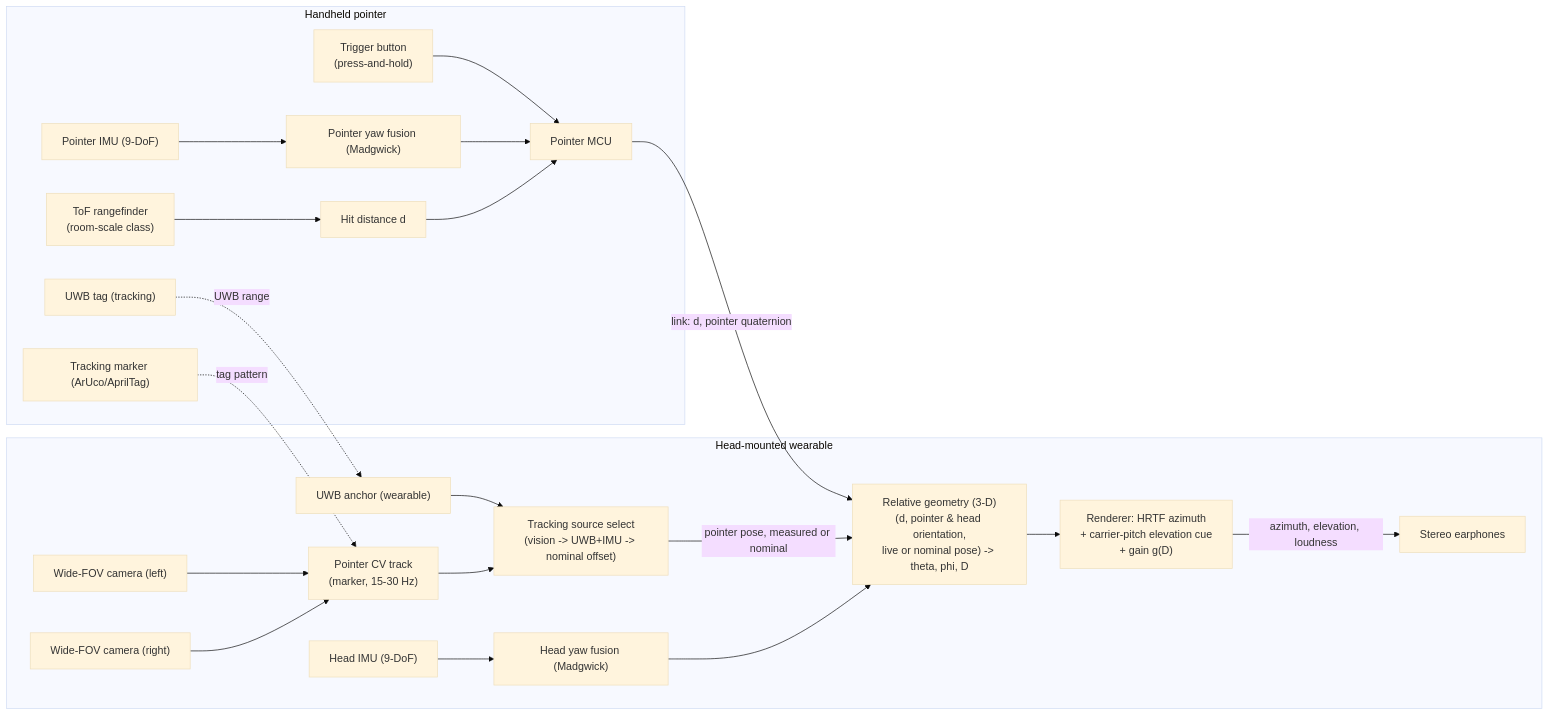
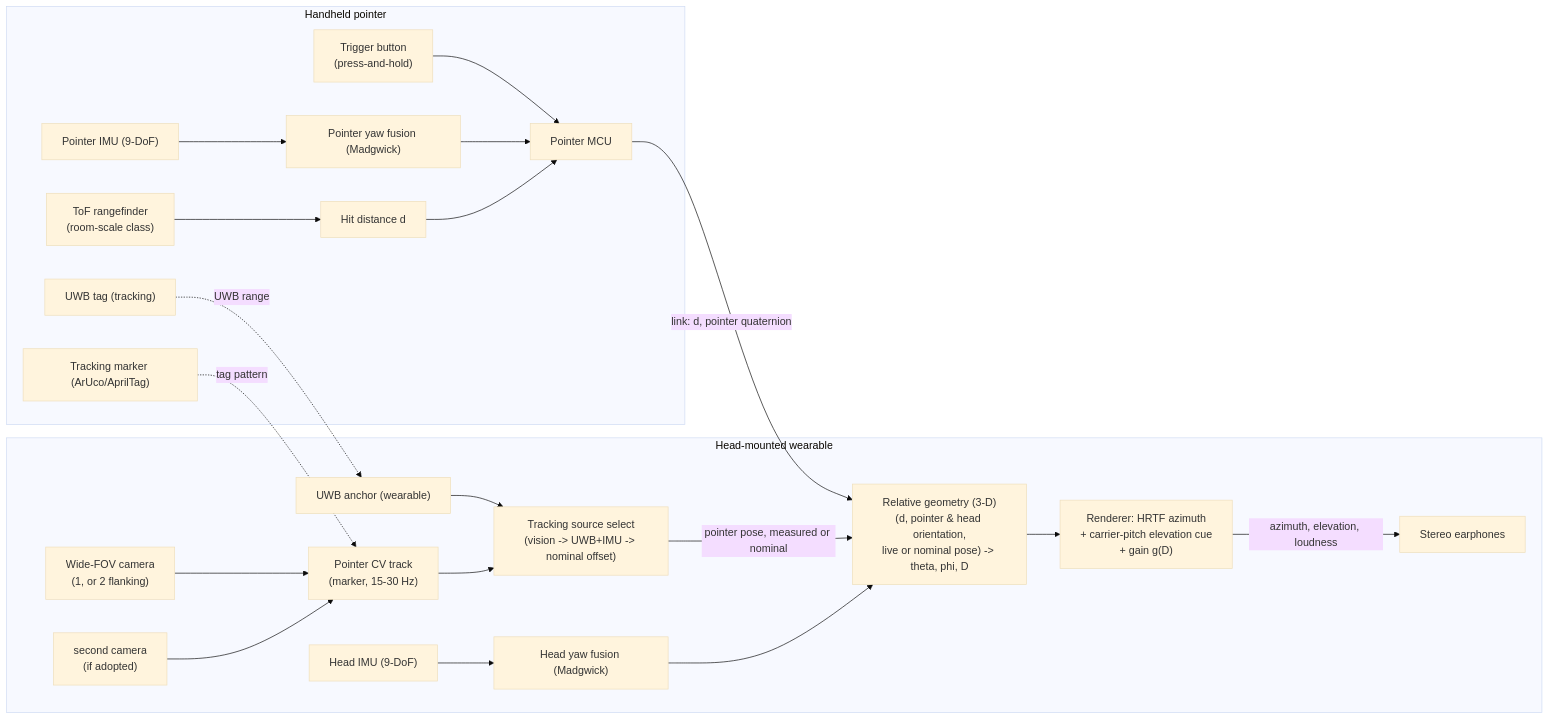
One commit to pewpil/auris changed the diagram in README.md. Above: the diagram before and after it, drawn with Mermaid (base theme). The commit also changed other lines of this file and 8 other files, not shown here.

````diff
--- a/README.md
+++ b/README.md
@@ -52,26 +52,26 @@
 ```mermaid
 flowchart LR
     subgraph pointer["Handheld pointer"]
         pimu["Pointer IMU (9-DoF)"] --> pfus["Pointer yaw fusion (Madgwick)"]
         tof["ToF rangefinder<br/>(room-scale class)"] --> dist["Hit distance d"]
         btn["Trigger button<br/>(press-and-hold)"] --> mcu1["Pointer MCU"]
         uwbt["UWB tag (tracking)"]
         marker["Tracking marker (ArUco/AprilTag)"]
         pfus --> mcu1
         dist --> mcu1
     end
     subgraph wearable["Head-mounted wearable"]
         himu["Head IMU (9-DoF)"] --> hfus["Head yaw fusion (Madgwick)"]
-        camL["Wide-FOV camera (left)"] -->         cv["Pointer CV track<br/>(marker, 15-30 Hz)"]
-        camR["Wide-FOV camera (right)"] --> cv
+        camL["Wide-FOV camera<br/>(1, or 2 flanking)"] -->         cv["Pointer CV track<br/>(marker, 15-30 Hz)"]
+        camR["second camera<br/>(if adopted)"] --> cv
         uwbw["UWB anchor (wearable)"] --> src["Tracking source select<br/>(vision -> UWB+IMU -> nominal offset)"]
         cv --> src
         mcu1 -- "link: d, pointer quaternion" --> geo["Relative geometry (3-D)<br/>(d, pointer & head orientation,<br/>live or nominal pose) -> theta, phi, D"]
         src -- "pointer pose, measured or nominal" --> geo
         hfus --> geo
         geo --> ren["Renderer: HRTF azimuth<br/>+ carrier-pitch elevation cue<br/>+ gain g(D)"]
         ren -- "azimuth, elevation, loudness" --> spk["Stereo earphones"]
         uwbt -. "UWB range" .-> uwbw
         marker -. "tag pattern" .-> cv
     end
 ```
````
